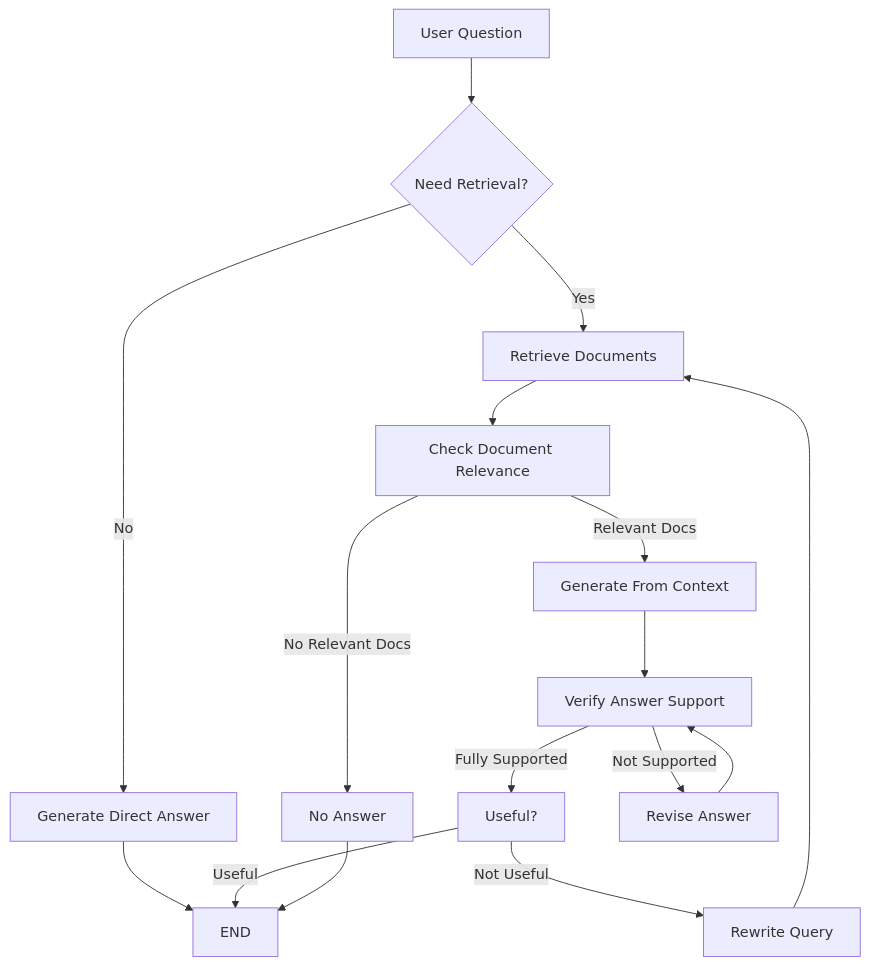
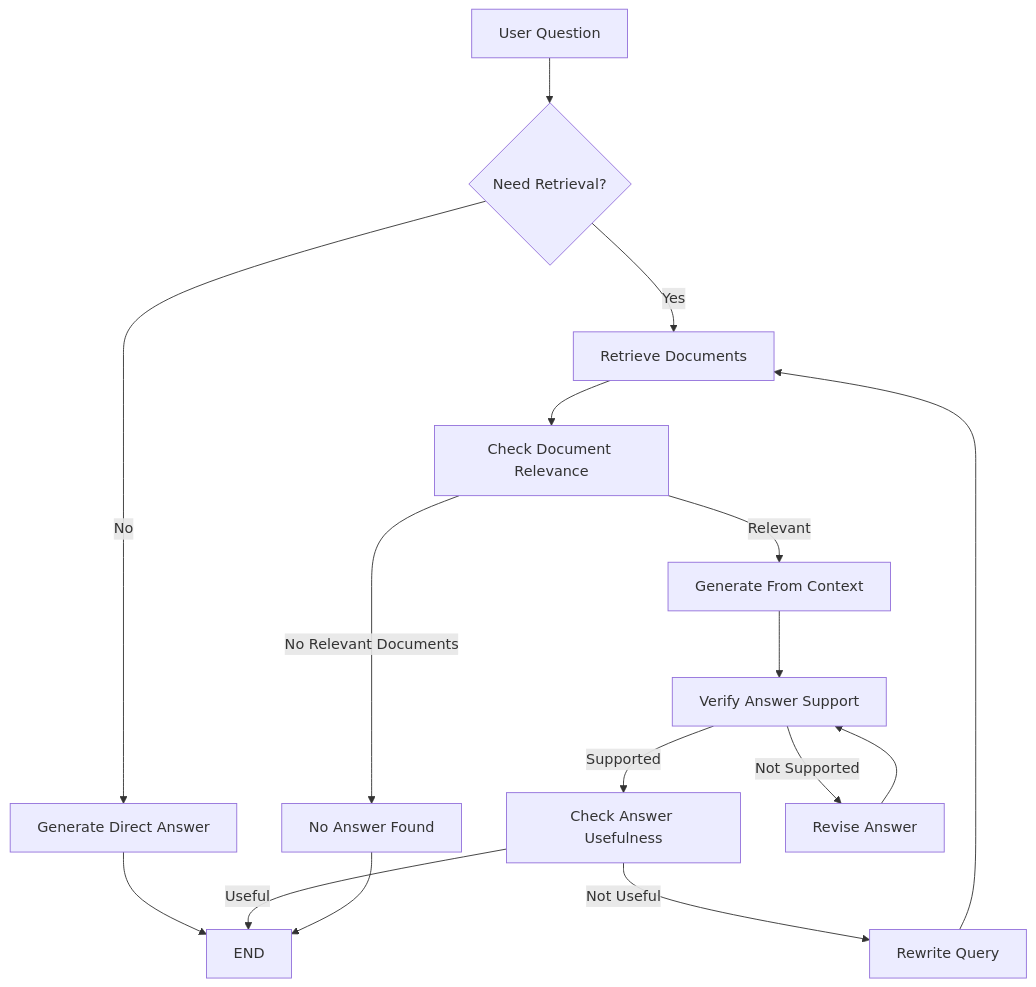
The first of 8 diagrams in README.md (vikaskumar10134/Different-Type-RAG-Implementation), drawn with Mermaid before and after one commit. The commit also changed other lines of this file, not shown here.

````diff
--- a/README.md
+++ b/README.md
@@ -35,34 +39,35 @@
 ```mermaid
 flowchart TD
 
 A[User Question]
 
 A --> B{Need Retrieval?}
 
-B -- No --> C[Generate Direct Answer]
+B -->|No| C[Generate Direct Answer]
+
+B -->|Yes| D[Retrieve Documents]
+
 C --> Z[END]
-
-B -- Yes --> D[Retrieve Documents]
 
 D --> E[Check Document Relevance]
 
-E -->|Relevant Docs| F[Generate From Context]
+E -->|Relevant| F[Generate From Context]
 
-E -->|No Relevant Docs| Y[No Answer]
+E -->|No Relevant Documents| Y[No Answer Found]
 
 F --> G[Verify Answer Support]
 
-G -->|Fully Supported| H[Useful?]
+G -->|Supported| H[Check Answer Usefulness]
 
 G -->|Not Supported| I[Revise Answer]
 
 I --> G
 
 H -->|Useful| Z
 
 H -->|Not Useful| J[Rewrite Query]
 
 J --> D
 
 Y --> Z
 ```
````
